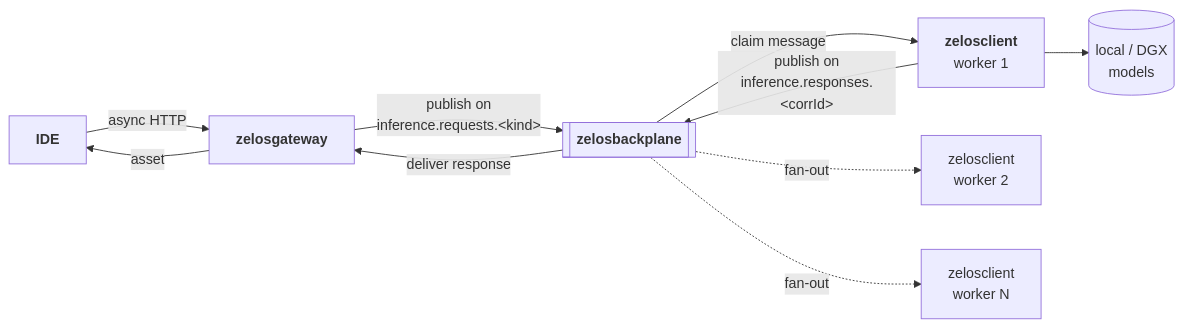
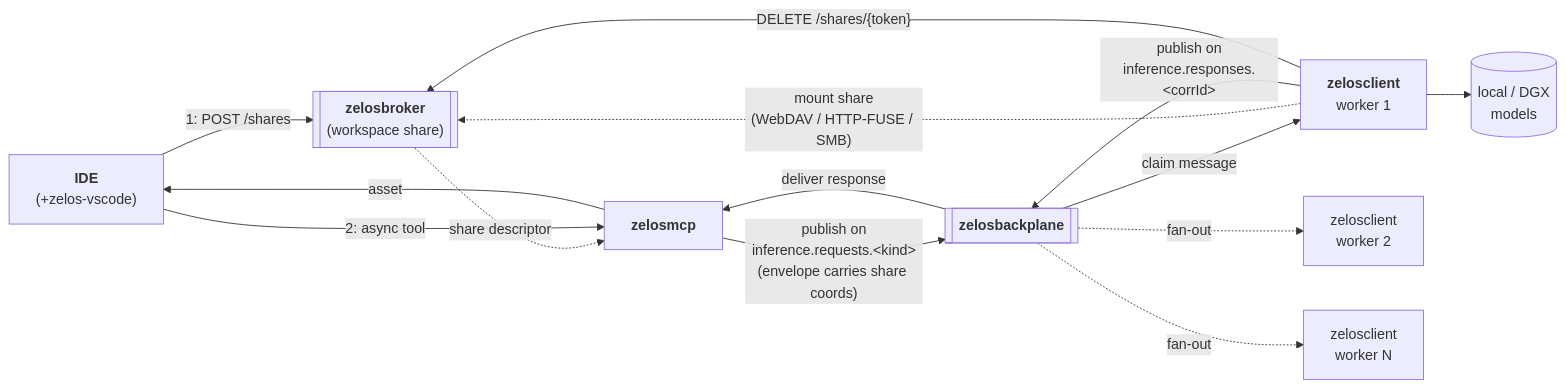
The first of 2 diagrams in docs/architecture/01-async-path.md (ZelosAI/zelosai), drawn with Mermaid before and after one commit. The commit also changed other lines of this file and 7 other files, not shown here.

````diff
--- a/docs/architecture/01-async-path.md
+++ b/docs/architecture/01-async-path.md
@@ -23,12 +23,17 @@
 ```mermaid
 flowchart LR
-  ide["<b>IDE</b>"] -- "async HTTP" --> gw["<b>zelosgateway</b>"]
-  gw -- "publish on<br/>inference.requests.&lt;kind&gt;" --> bp[["<b>zelosbackplane</b>"]]
+  ide["<b>IDE</b><br/>(+zelos-vscode)"]
+  ide -- "1: POST /shares" --> br[["<b>zelosbroker</b><br/>(workspace share)"]]
+  br -. "share descriptor" .-> mcp["<b>zelosmcp</b>"]
+  ide -- "2: async tool" --> mcp
+  mcp -- "publish on<br/>inference.requests.&lt;kind&gt;<br/>(envelope carries share coords)" --> bp[["<b>zelosbackplane</b>"]]
   bp -- "claim message" --> w1["<b>zelosclient</b><br/>worker 1"]
   bp -. "fan-out" .-> w2["zelosclient<br/>worker 2"]
   bp -. "fan-out" .-> wN["zelosclient<br/>worker N"]
+  w1 -. "mount share<br/>(WebDAV / HTTP-FUSE / SMB)" .-> br
+  w1 --> models[("local / DGX<br/>models")]
   w1 -- "publish on<br/>inference.responses.&lt;corrId&gt;" --> bp
-  bp -- "deliver response" --> gw
-  gw -- "asset" --> ide
-  w1 --> models[("local / DGX<br/>models")]
+  w1 -- "DELETE /shares/{token}" --> br
+  bp -- "deliver response" --> mcp
+  mcp -- "asset" --> ide
 ```
````
